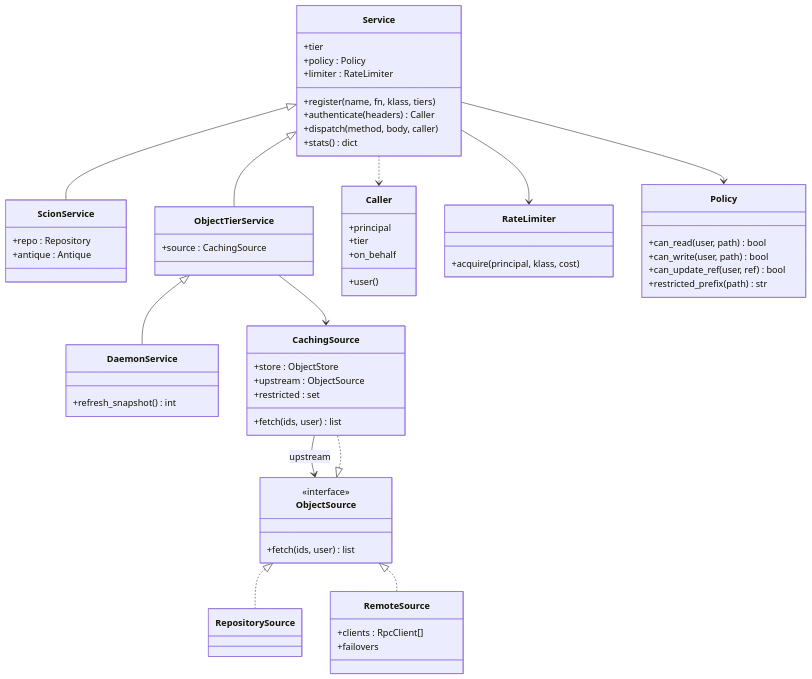
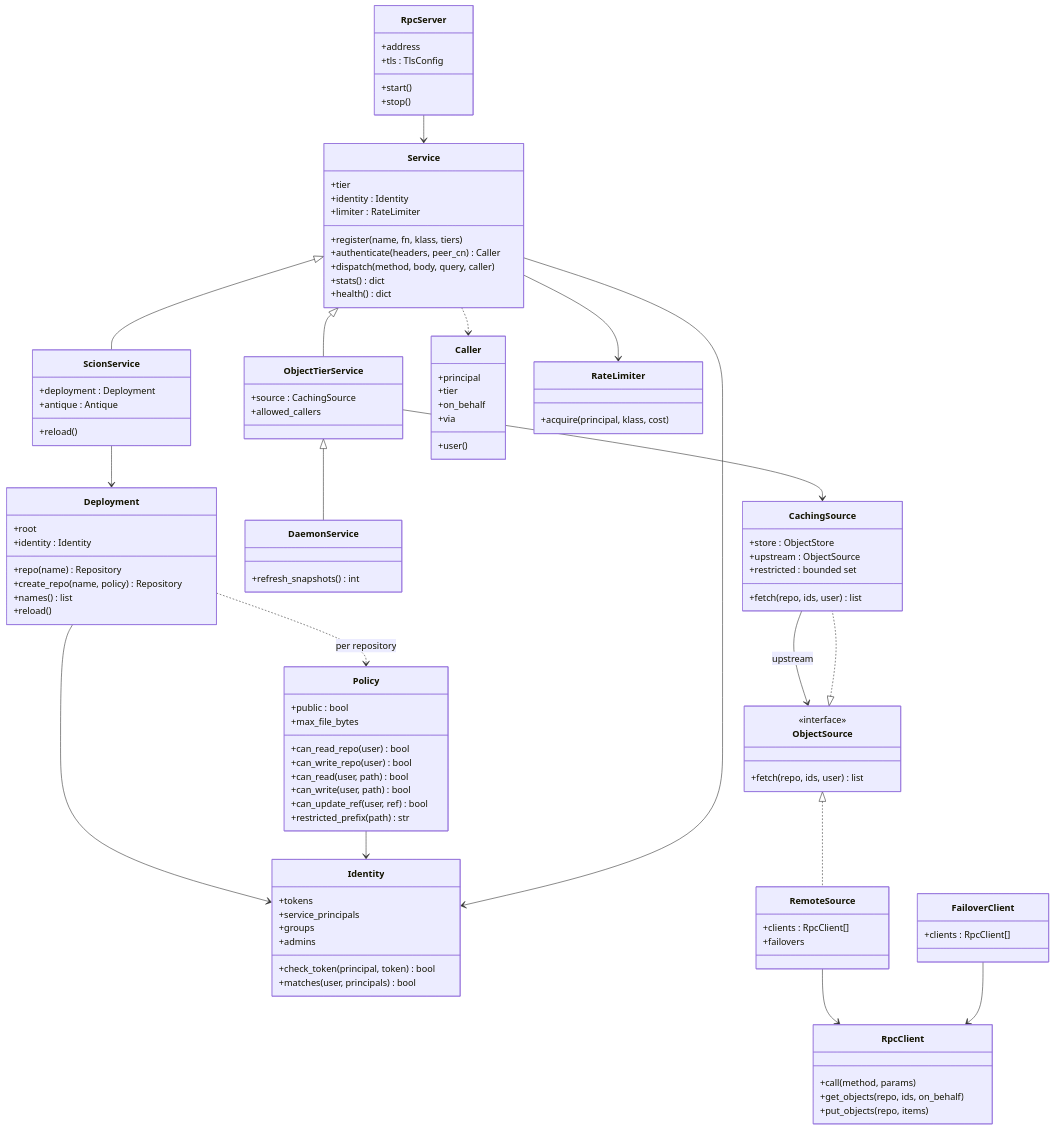
Before and after one commit to Space-Trucker/AIresume: the sixth of 25 diagrams in scion/docs/design/06-uml.md, drawn with Mermaid. The commit also changed other lines of this file and 31 other files, not shown here.

````diff
--- a/scion/docs/design/06-uml.md
+++ b/scion/docs/design/06-uml.md
@@ -377,28 +377,56 @@
 classDiagram
   class Service {
     +tier
-    +policy : Policy
+    +identity : Identity
     +limiter : RateLimiter
     +register(name, fn, klass, tiers)
-    +authenticate(headers) Caller
-    +dispatch(method, body, caller)
+    +authenticate(headers, peer_cn) Caller
+    +dispatch(method, body, query, caller)
     +stats() dict
+    +health() dict
   }
   class ScionService {
-    +repo : Repository
+    +deployment : Deployment
     +antique : Antique
+    +reload()
+  }
+  class Deployment {
+    +root
+    +identity : Identity
+    +repo(name) Repository
+    +create_repo(name, policy) Repository
+    +names() list
+    +reload()
+  }
+  class Identity {
+    +tokens
+    +service_principals
+    +groups
+    +admins
+    +check_token(principal, token) bool
+    +matches(user, principals) bool
+  }
+  class Policy {
+    +public : bool
+    +max_file_bytes
+    +can_read_repo(user) bool
+    +can_write_repo(user) bool
+    +can_read(user, path) bool
+    +can_write(user, path) bool
+    +can_update_ref(user, ref) bool
+    +restricted_prefix(path) str
   }
   class ObjectTierService {
     +source : CachingSource
+    +allowed_callers
   }
   class DaemonService {
-    +refresh_snapshot() int
+    +refresh_snapshots() int
   }
   class ObjectSource {
     <<interface>>
-    +fetch(ids, user) list
+    +fetch(repo, ids, user) list
   }
-  class RepositorySource
   class RemoteSource {
     +clients : RpcClient[]
     +failovers
@@ -406,33 +434,48 @@
   class CachingSource {
     +store : ObjectStore
     +upstream : ObjectSource
-    +restricted : set
-    +fetch(ids, user) list
+    +restricted : bounded set
+    +fetch(repo, ids, user) list
   }
   class Caller {
     +principal
     +tier
     +on_behalf
+    +via
     +user()
   }
   class RateLimiter {
     +acquire(principal, klass, cost)
   }
-  class Policy {
-    +can_read(user, path) bool
-    +can_write(user, path) bool
-    +can_update_ref(user, ref) bool
-    +restricted_prefix(path) str
+  class RpcServer {
+    +address
+    +tls : TlsConfig
+    +start()
+    +stop()
+  }
+  class RpcClient {
+    +call(method, params)
+    +get_objects(repo, ids, on_behalf)
+    +put_objects(repo, items)
+  }
+  class FailoverClient {
+    +clients : RpcClient[]
   }
   Service <|-- ScionService
   Service <|-- ObjectTierService
   ObjectTierService <|-- DaemonService
   ObjectTierService --> CachingSource
-  ObjectSource <|.. RepositorySource
+  ScionService --> Deployment
+  Deployment --> Identity
+  Deployment ..> Policy : per repository
+  Policy --> Identity
   ObjectSource <|.. RemoteSource
   ObjectSource <|.. CachingSource
   CachingSource --> ObjectSource : upstream
+  RemoteSource --> RpcClient
+  FailoverClient --> RpcClient
+  RpcServer --> Service
+  Service --> Identity
   Service --> RateLimiter
-  Service --> Policy
   Service ..> Caller
 ```
````
